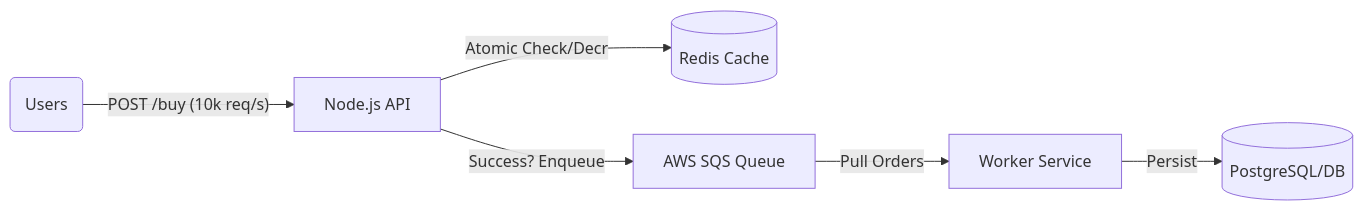
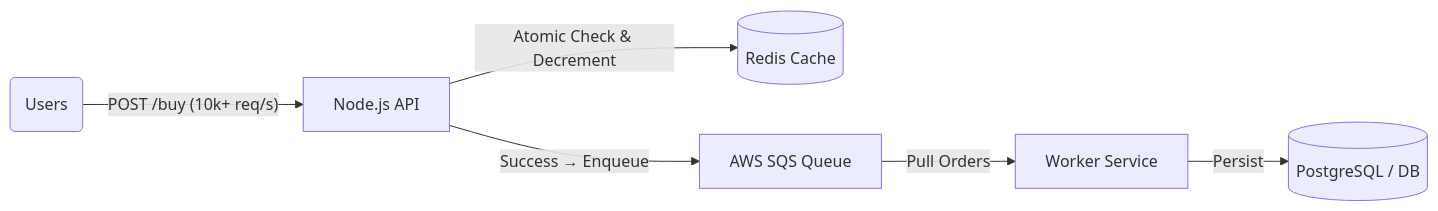
Before and after one commit to karthikvishal-s/Flash-Sale-Engine: the diagram in README.md, drawn with Mermaid. The commit also changed other lines of this file, not shown here.

````diff
--- a/README.md
+++ b/README.md
@@ -19,8 +21,8 @@
 ```mermaid
 graph LR
-    User(Users) -- "POST /buy (10k req/s)" --> API[Node.js API]
-    API -- "Atomic Check/Decr" --> Redis[(Redis Cache)]
-    API -- "Success? Enqueue" --> SQS[AWS SQS Queue]
+    User(Users) -- "POST /buy (10k+ req/s)" --> API[Node.js API]
+    API -- "Atomic Check & Decrement" --> Redis[(Redis Cache)]
+    API -- "Success → Enqueue" --> SQS[AWS SQS Queue]
     SQS -- "Pull Orders" --> Worker[Worker Service]
-    Worker -- "Persist" --> DB[(PostgreSQL/DB)]
+    Worker -- "Persist" --> DB[(PostgreSQL / DB)]
 ```
````
